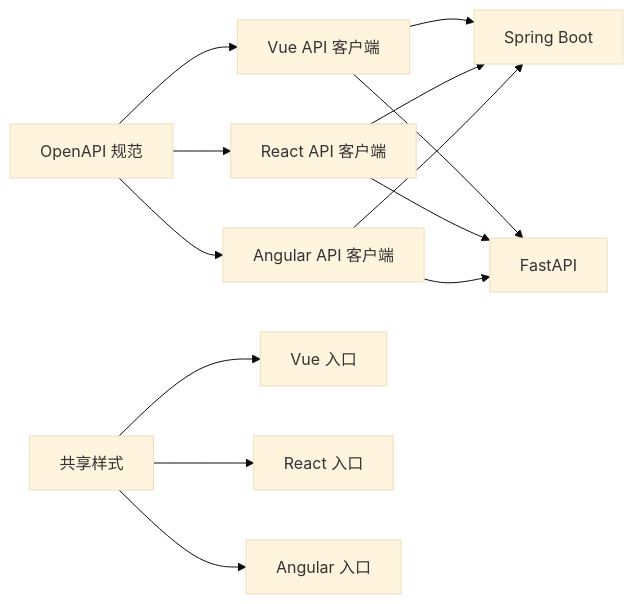
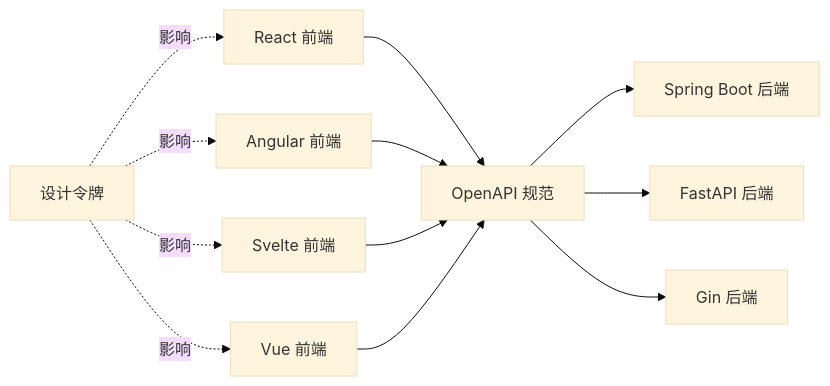
One commit to alexy2008/TimeCapsule changed the third of 3 diagrams in .qoder/repowiki/zh/content/架构设计/架构设计.md. Above: the diagram before and after it, drawn with Mermaid (base theme). The commit also changed other lines of this file and 247 other files, not shown here.

````diff
--- a/.qoder/repowiki/zh/content/架构设计/架构设计.md
+++ b/.qoder/repowiki/zh/content/架构设计/架构设计.md
@@ -322,15 +257,14 @@
 ```mermaid
 graph LR
-OAS["OpenAPI 规范"] --> VUE_API["Vue API 客户端"]
-OAS --> REACT_API["React API 客户端"]
-OAS --> ANG_API["Angular API 客户端"]
-STYLES["共享样式"] --> VUE_MAIN["Vue 入口"]
-STYLES --> REACT_MAIN["React 入口"]
-STYLES --> ANG_MAIN["Angular 入口"]
-VUE_API --> SB["Spring Boot"]
-VUE_API --> FA["FastAPI"]
-REACT_API --> SB
-REACT_API --> FA
-ANG_API --> SB
-ANG_API --> FA
+RE["React 前端"] --> OAS["OpenAPI 规范"]
+AN["Angular 前端"] --> OAS
+SV["Svelte 前端"] --> OAS
+VUE["Vue 前端"] --> OAS
+OAS --> SB["Spring Boot 后端"]
+OAS --> FA["FastAPI 后端"]
+OAS --> GI["Gin 后端"]
+Tokens["设计令牌"] -. 影响 .-> RE
+Tokens -. 影响 .-> AN
+Tokens -. 影响 .-> SV
+Tokens -. 影响 .-> VUE
 ```
````
